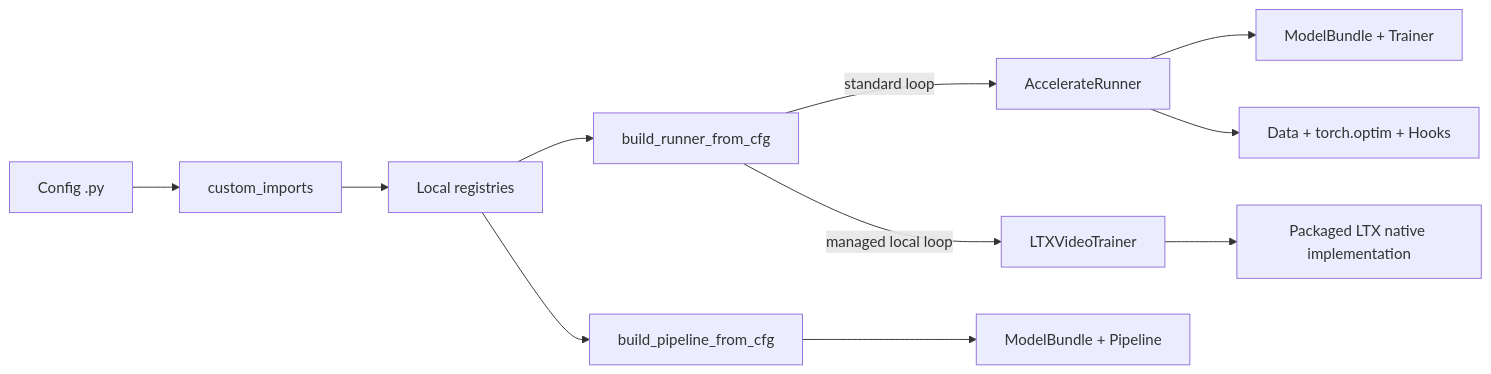
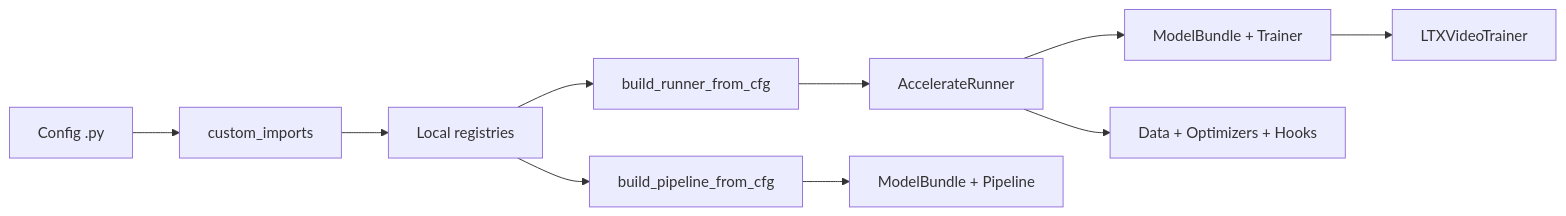
The first of 2 diagrams in docs/en/architecture.md (ZeyuLing/HFTrainer), drawn with Mermaid before and after one commit. The commit also changed other lines of this file and 23 other files, not shown here.

Commit message:
Integrate LTX training with the shared runner and add Muon support

````diff
--- a/docs/en/architecture.md
+++ b/docs/en/architecture.md
@@ -5,13 +5,12 @@
 ```mermaid
 flowchart LR
     A["Config .py"] --> B["custom_imports"]
     B --> C["Local registries"]
     C --> D["build_runner_from_cfg"]
-    D -->|standard loop| E["AccelerateRunner"]
-    D -->|managed local loop| F["LTXVideoTrainer"]
+    D --> E["AccelerateRunner"]
     E --> G["ModelBundle + Trainer"]
-    E --> H["Data + torch.optim + Hooks"]
-    F --> I["Packaged LTX native implementation"]
+    E --> H["Data + Optimizers + Hooks"]
+    G --> I["LTXVideoTrainer"]
     C --> J["build_pipeline_from_cfg"]
     J --> K["ModelBundle + Pipeline"]
 ```
````
